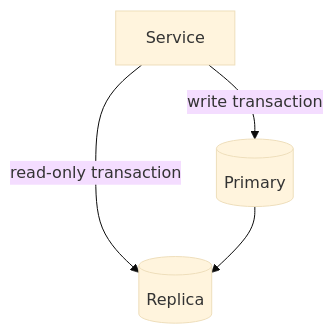
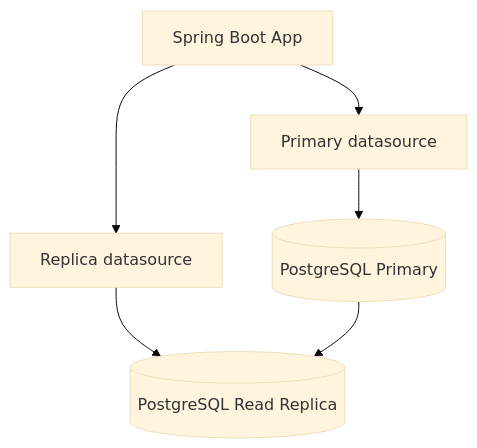
One commit to mthaiseer/springcloud-systemdesign-notes changed diagram 18 of 19 in HLD_NOTES/003_TECHNOLOGY_DEEP_DIVE/rdbms/database_v2.md. Above: the diagram before and after it, drawn with Mermaid (base theme). The commit also changed other lines of this file, not shown here.

````diff
--- a/HLD_NOTES/003_TECHNOLOGY_DEEP_DIVE/rdbms/database_v2.md
+++ b/HLD_NOTES/003_TECHNOLOGY_DEEP_DIVE/rdbms/database_v2.md
@@ -1543,6 +1546,8 @@
 ```mermaid
 flowchart TD
-    Service -->|write transaction| Primary[(Primary)]
-    Service -->|read-only transaction| Replica[(Replica)]
+    App[Spring Boot App] --> WriteDS[Primary datasource]
+    App --> ReadDS[Replica datasource]
+    WriteDS --> Primary[(PostgreSQL Primary)]
+    ReadDS --> Replica[(PostgreSQL Read Replica)]
     Primary --> Replica
 ```
````
